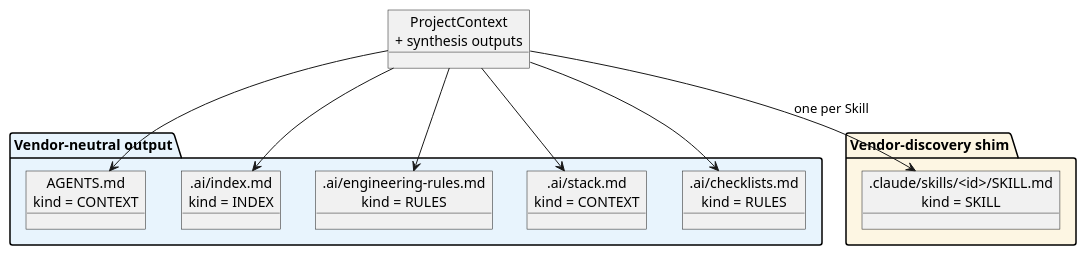
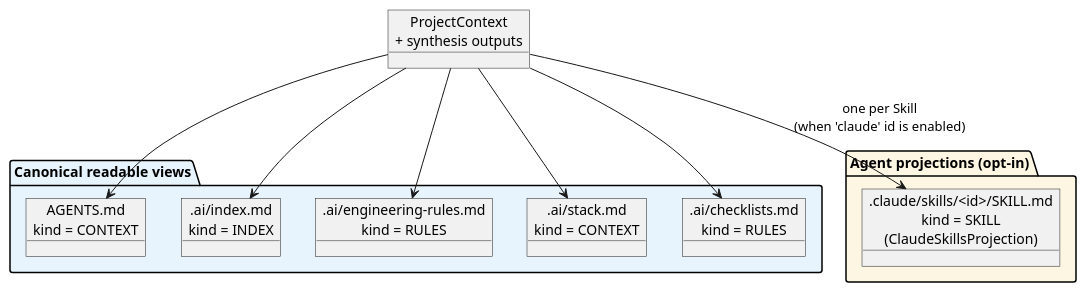
One commit to acltabontabon/launchpad changed the sixth of 6 diagrams in docs/architecture.adoc. Above: the diagram before and after it, drawn with PlantUML. The commit also changed other lines of this file and 14 other files, not shown here.

```diff
--- a/docs/architecture.adoc
+++ b/docs/architecture.adoc
@@ -404,29 +404,29 @@
 [plantuml,template-output,svg]
 ----
 @startuml
 skinparam backgroundColor #FFFFFF
 skinparam shadowing false
 skinparam defaultFontName Helvetica
 
 object "ProjectContext\n+ synthesis outputs" as Input
 
-package "Vendor-neutral output" #E8F4FD {
+package "Canonical readable views" #E8F4FD {
   object "AGENTS.md\nkind = CONTEXT" as A1
   object ".ai/index.md\nkind = INDEX" as A2
   object ".ai/engineering-rules.md\nkind = RULES" as A3
   object ".ai/stack.md\nkind = CONTEXT" as A4
   object ".ai/checklists.md\nkind = RULES" as A5
 }
 
-package "Vendor-discovery shim" #FDF6E3 {
-  object ".claude/skills/<id>/SKILL.md\nkind = SKILL" as S1
+package "Agent projections (opt-in)" #FDF6E3 {
+  object ".claude/skills/<id>/SKILL.md\nkind = SKILL\n(ClaudeSkillsProjection)" as S1
 }
 
 Input --> A1
 Input --> A2
 Input --> A3
 Input --> A4
 Input --> A5
-Input --> S1 : one per Skill
+Input --> S1 : one per Skill\n(when 'claude' id is enabled)
 @enduml
 ----
```
